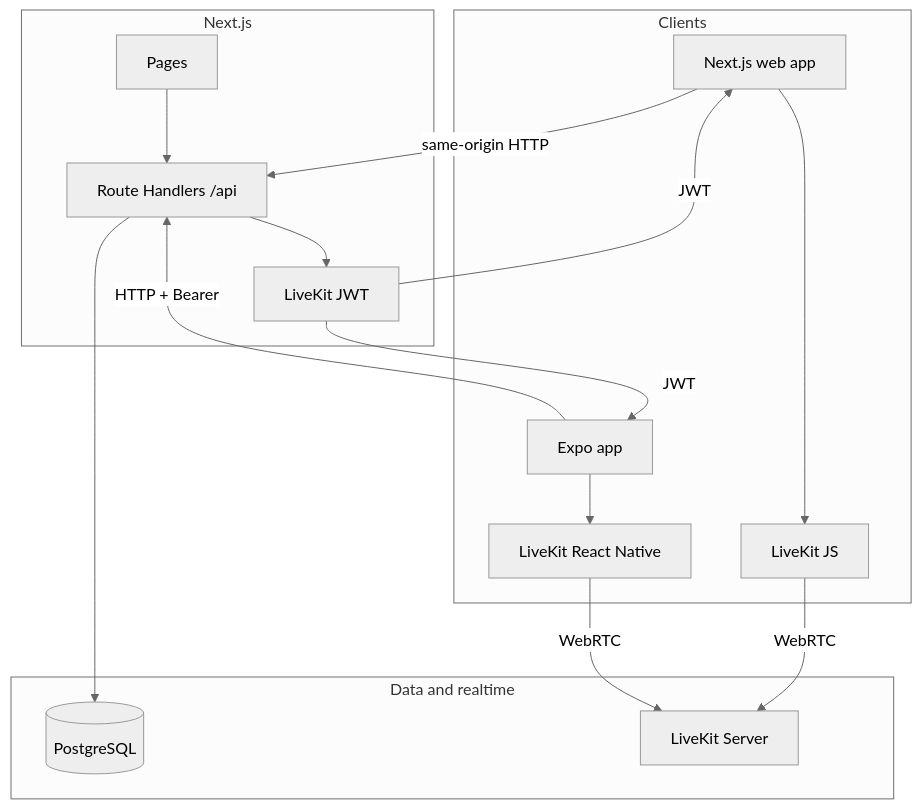
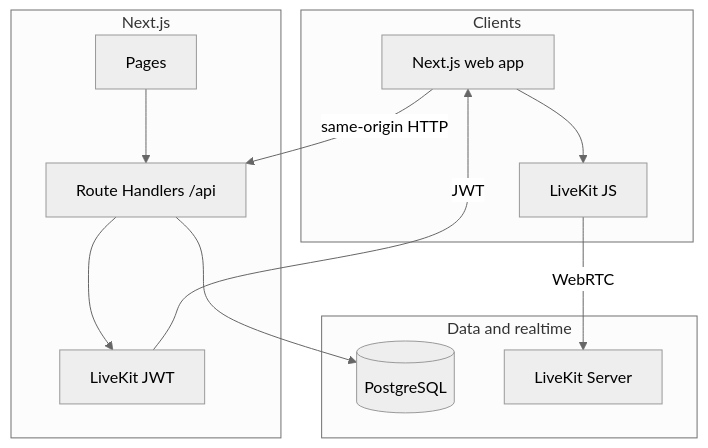
One commit to GhayoorAli/meetme changed the first of 2 diagrams in README.md. Above: the diagram before and after it, drawn with Mermaid (neutral theme). The commit also changed other lines of this file and 6 other files, not shown here.

````diff
--- a/README.md
+++ b/README.md
@@ -41,32 +39,26 @@
 ```mermaid
 graph TB
     subgraph clients ["Clients"]
         Web["Next.js web app"]
-        Mobile["Expo app"]
         LKWeb["LiveKit JS"]
-        LKMobile["LiveKit React Native"]
         Web --> LKWeb
-        Mobile --> LKMobile
     end
 
     subgraph next ["Next.js"]
         UI["Pages"]
         API["Route Handlers /api"]
         Token["LiveKit JWT"]
         UI --> API
         API --> Token
     end
 
     subgraph data ["Data and realtime"]
         DB[(PostgreSQL)]
         LKS["LiveKit Server"]
     end
 
     Web -->|"same-origin HTTP"| API
-    Mobile -->|"HTTP + Bearer"| API
     API --> DB
     Token -->|"JWT"| Web
-    Token -->|"JWT"| Mobile
     LKWeb -->|"WebRTC"| LKS
-    LKMobile -->|"WebRTC"| LKS
 ```
````
